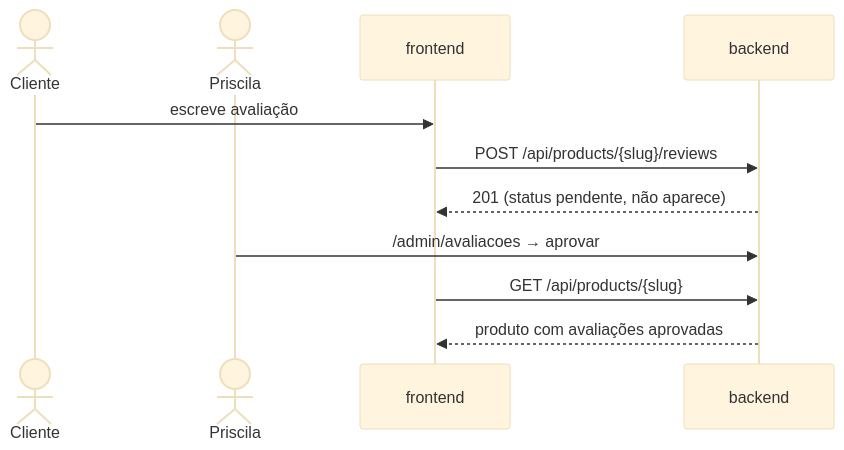
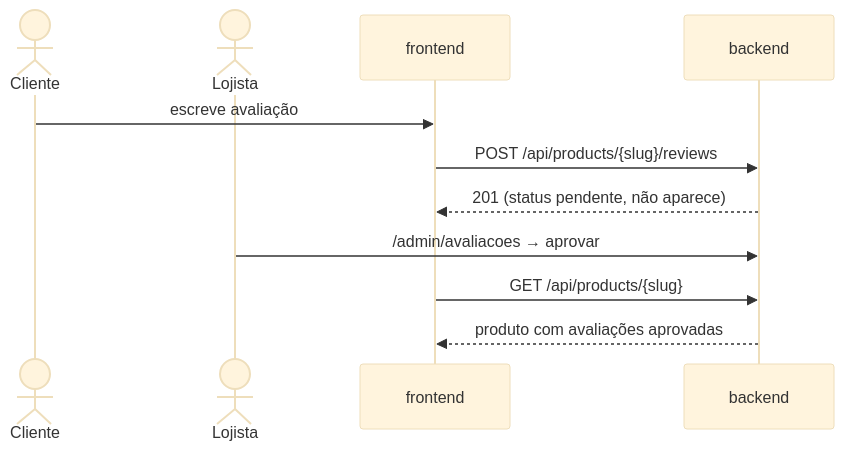
Before and after one commit to gabribaruelc/ASOBI: the third of 9 diagrams in docs/arquitetura.md, drawn with Mermaid (base theme). The commit also changed other lines of this file and 27 other files, not shown here.

````diff
--- a/docs/arquitetura.md
+++ b/docs/arquitetura.md
@@ -287,13 +287,13 @@
 ```mermaid
 sequenceDiagram
     actor C as Cliente
-    actor D as Priscila
+    actor D as Lojista
     participant F as frontend
     participant B as backend
     C->>F: escreve avaliação
     F->>B: POST /api/products/{slug}/reviews
     B-->>F: 201 (status pendente, não aparece)
     D->>B: /admin/avaliacoes → aprovar
     F->>B: GET /api/products/{slug}
     B-->>F: produto com avaliações aprovadas
 ```
````
